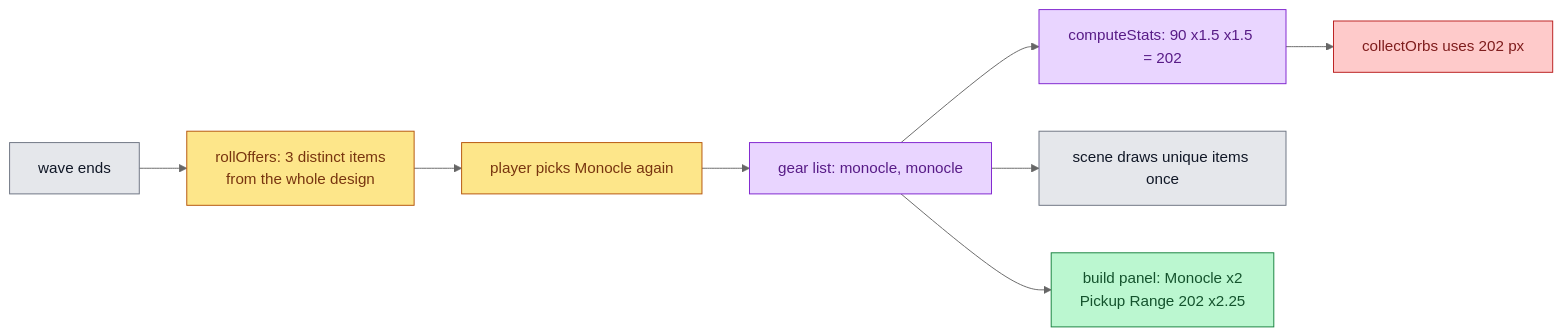
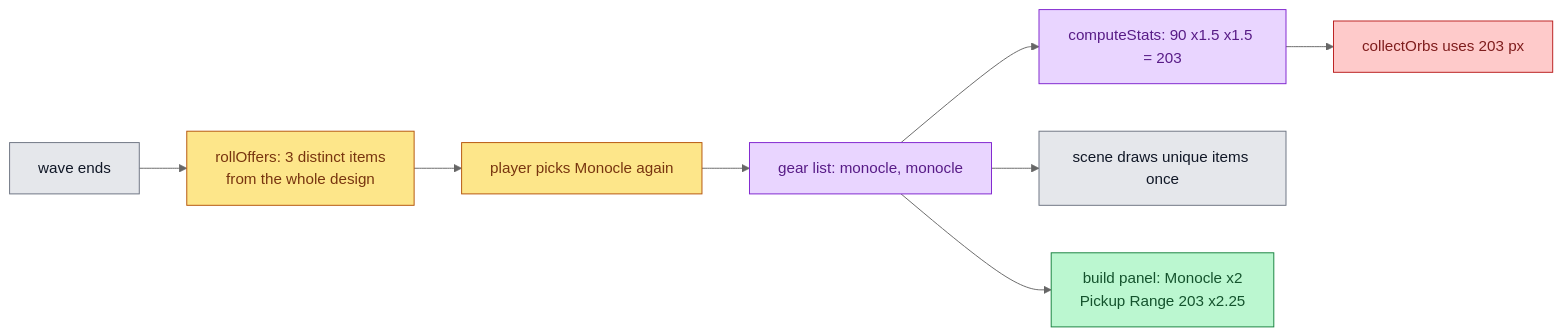
Before and after one commit to alexkancode/bullet-friends: the second of 2 diagrams in features/stacked-builds/feature.md, drawn with Mermaid (neutral theme). The commit also changed other lines of this file and 15 other files, not shown here.

````diff
--- a/features/stacked-builds/feature.md
+++ b/features/stacked-builds/feature.md
@@ -38,16 +38,16 @@
 ```mermaid
 flowchart LR
     W[wave ends]:::calm --> R[rollOffers: 3 distinct items<br/>from the whole design]:::pick
     R --> P[player picks Monocle again]:::pick
     P --> G[gear list: monocle, monocle]:::stack
-    G --> S[computeStats: 90 x1.5 x1.5 = 202]:::stack
-    S --> C[collectOrbs uses 202 px]:::hot
+    G --> S[computeStats: 90 x1.5 x1.5 = 203]:::stack
+    S --> C[collectOrbs uses 203 px]:::hot
     G --> D[scene draws unique items once]:::calm
-    G --> B[build panel: Monocle x2<br/>Pickup Range 202 x2.25]:::panel
+    G --> B[build panel: Monocle x2<br/>Pickup Range 203 x2.25]:::panel
 
     classDef calm fill:#e5e7eb,stroke:#6b7280,color:#111827
     classDef pick fill:#fde68a,stroke:#b45309,color:#78350f
     classDef stack fill:#e9d5ff,stroke:#7e22ce,color:#581c87
     classDef hot fill:#fecaca,stroke:#b91c1c,color:#7f1d1d
     classDef panel fill:#bbf7d0,stroke:#15803d,color:#14532d
 ```
````
